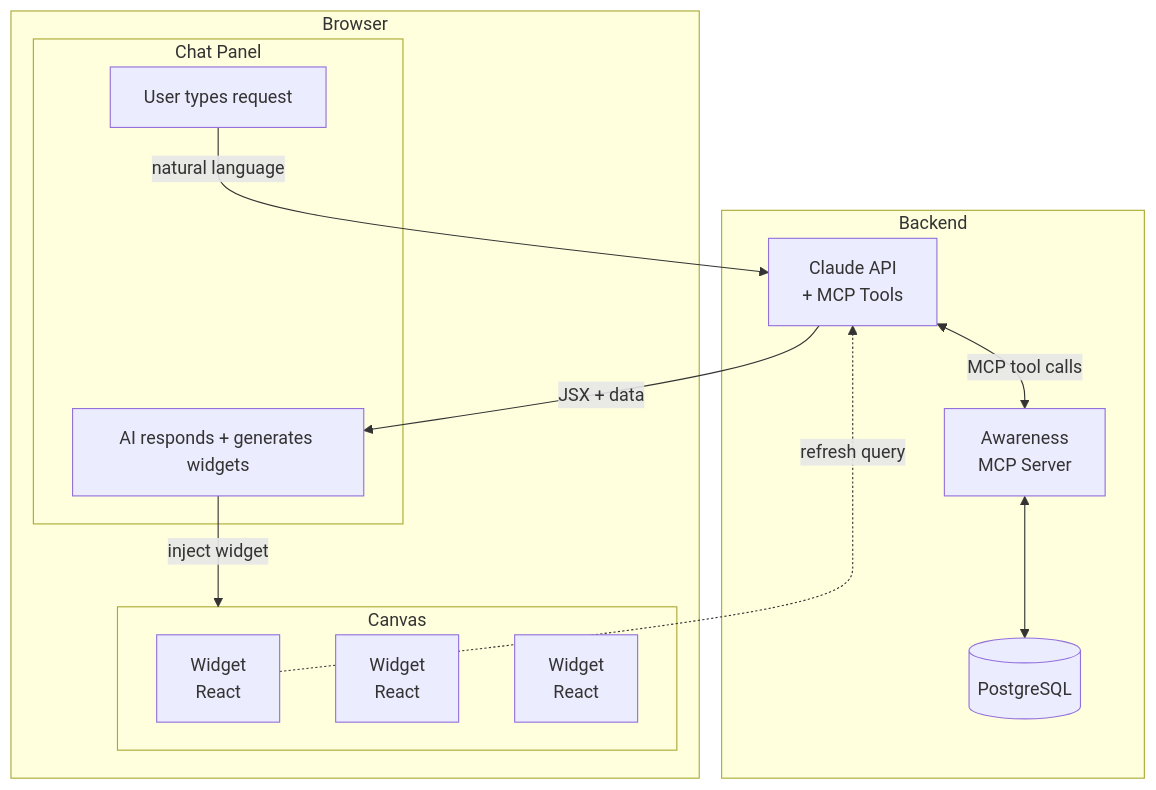
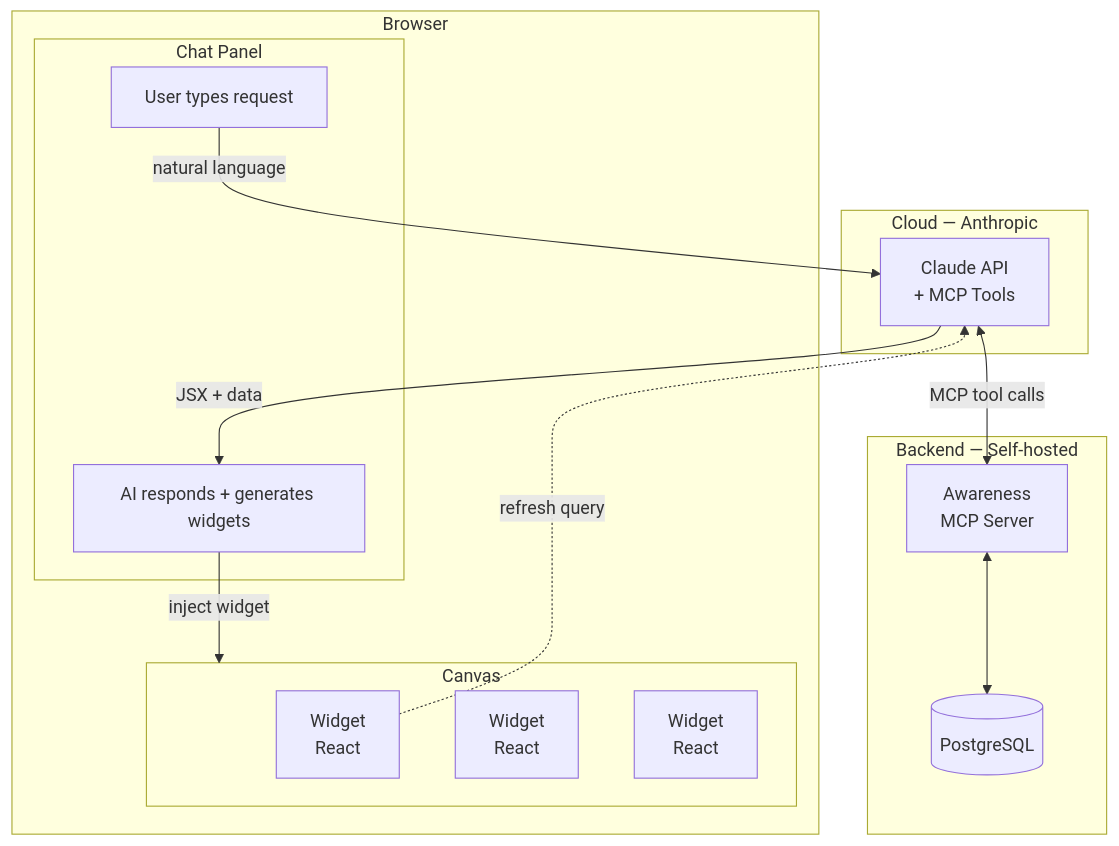
One commit to cmeans/awareness-canvas changed the first of 2 diagrams in docs/design.md. Above: the diagram before and after it, drawn with Mermaid.

Commit message:
Separate Cloud (Anthropic) from Backend (self-hosted) in architecture diagram

````diff
--- a/docs/design.md
+++ b/docs/design.md
@@ -29,27 +29,30 @@
 ```mermaid
 graph TB
     subgraph Browser
         subgraph ChatPanel[Chat Panel]
             User[User types request]
             AI[AI responds + generates widgets]
         end
         subgraph Canvas
             W1[Widget<br/>React]
             W2[Widget<br/>React]
             W3[Widget<br/>React]
         end
     end
 
-    subgraph Backend
+    subgraph Cloud[Cloud — Anthropic]
         Claude[Claude API<br/>+ MCP Tools]
+    end
+
+    subgraph Backend[Backend — Self-hosted]
         Awareness[Awareness<br/>MCP Server]
         Postgres[(PostgreSQL)]
     end
 
     User -->|natural language| Claude
     Claude -->|JSX + data| AI
     AI -->|inject widget| Canvas
     W1 -.->|refresh query| Claude
     Claude <-->|MCP tool calls| Awareness
     Awareness <--> Postgres
 ```
````
